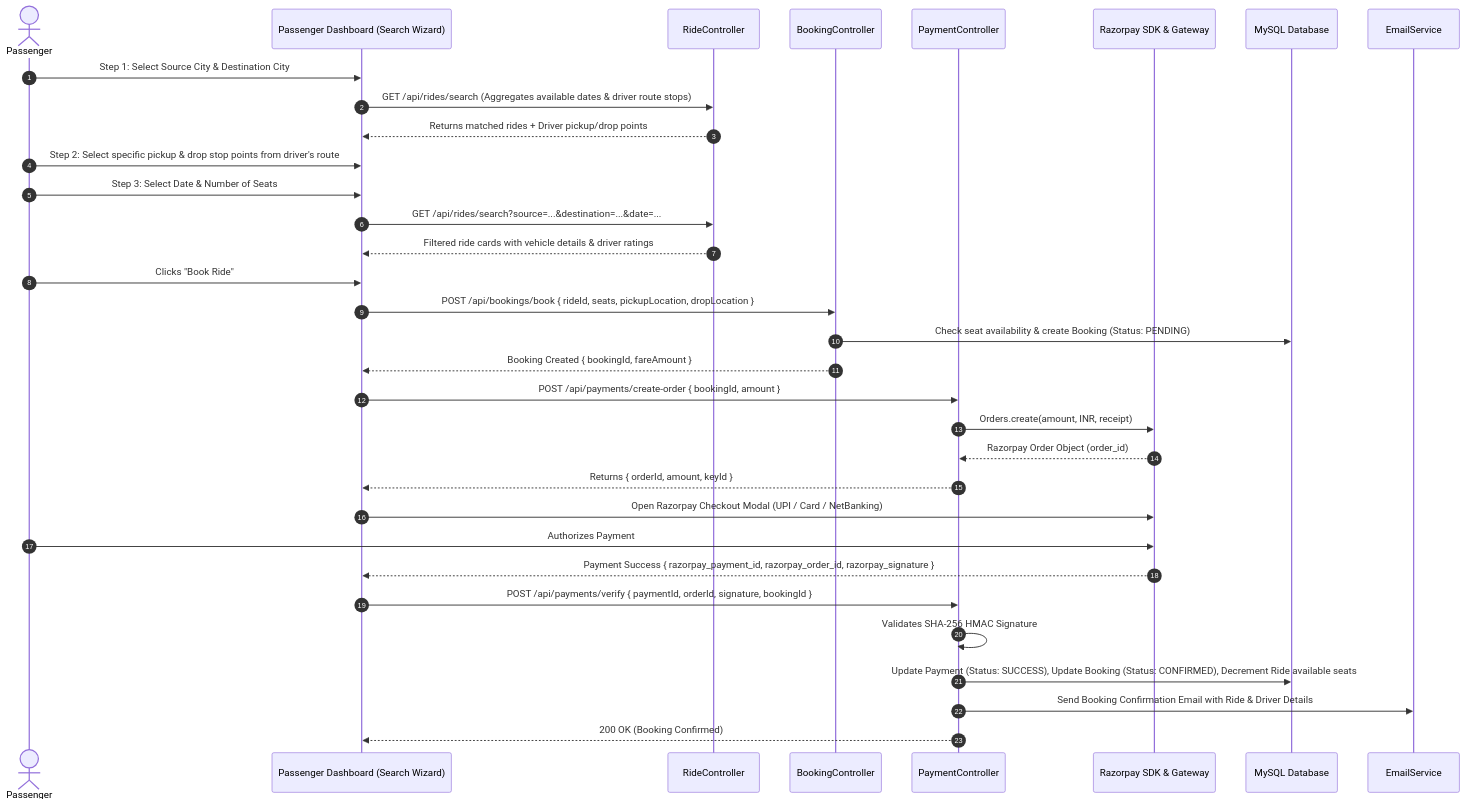
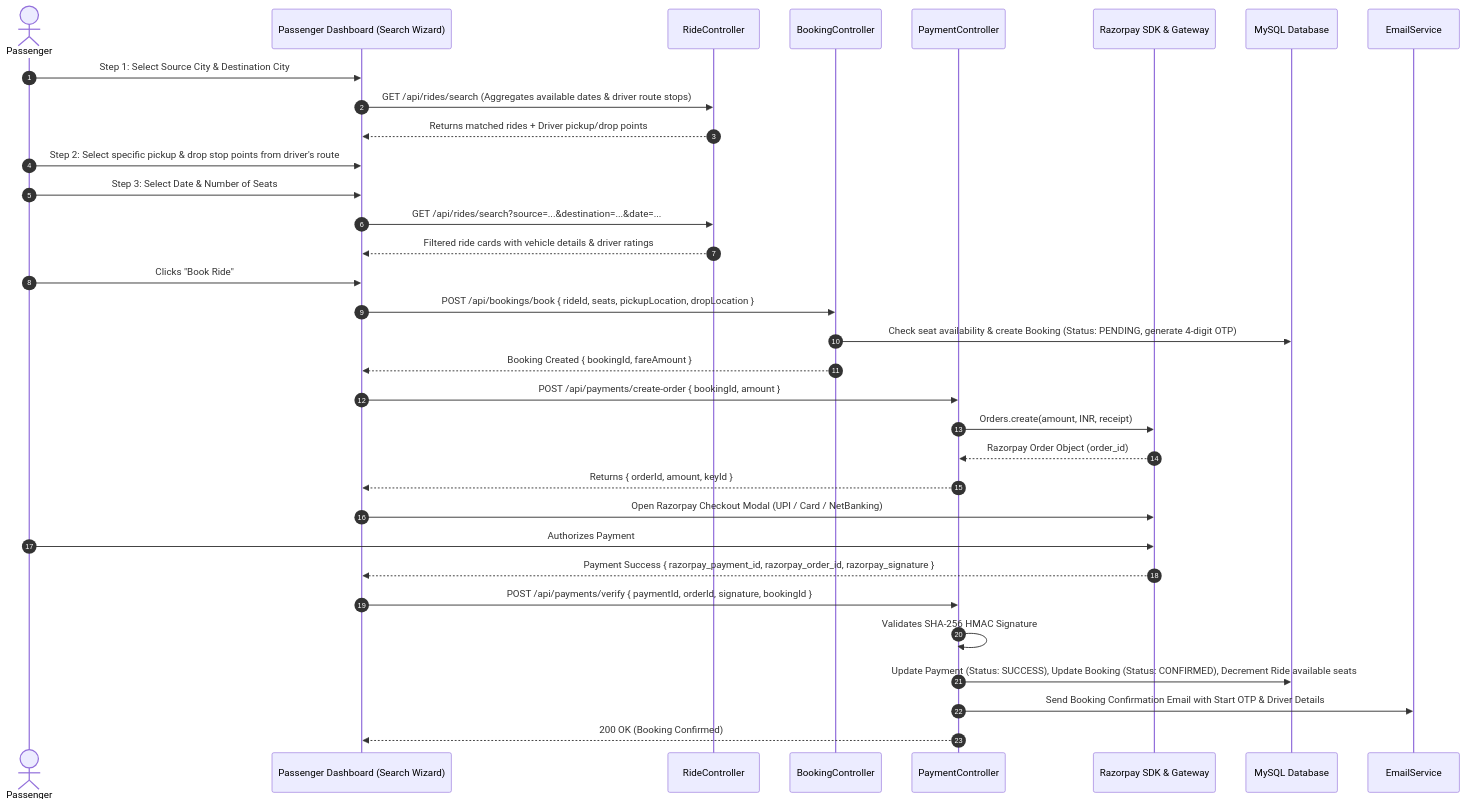
One commit to Sandeepkaushik21/Smart_Ride_Sharing- changed the fourth of 8 diagrams in README.md. Above: the diagram before and after it, drawn with Mermaid. The commit also changed other lines of this file, not shown here.

````diff
--- a/README.md
+++ b/README.md
@@ -203,41 +205,41 @@
 ```mermaid
 sequenceDiagram
     autonumber
     actor Passenger
     participant UI as Passenger Dashboard (Search Wizard)
     participant RideCtrl as RideController
     participant BookCtrl as BookingController
     participant PayCtrl as PaymentController
     participant Razorpay as Razorpay SDK & Gateway
     participant DB as MySQL Database
     participant Mail as EmailService
 
     Passenger->>UI: Step 1: Select Source City & Destination City
     UI->>RideCtrl: GET /api/rides/search (Aggregates available dates & driver route stops)
     RideCtrl-->>UI: Returns matched rides + Driver pickup/drop points
     
     Passenger->>UI: Step 2: Select specific pickup & drop stop points from driver's route
     Passenger->>UI: Step 3: Select Date & Number of Seats
     UI->>RideCtrl: GET /api/rides/search?source=...&destination=...&date=...
     RideCtrl-->>UI: Filtered ride cards with vehicle details & driver ratings
 
     Passenger->>UI: Clicks "Book Ride"
     UI->>BookCtrl: POST /api/bookings/book { rideId, seats, pickupLocation, dropLocation }
-    BookCtrl->>DB: Check seat availability & create Booking (Status: PENDING)
+    BookCtrl->>DB: Check seat availability & create Booking (Status: PENDING, generate 4-digit OTP)
     BookCtrl-->>UI: Booking Created { bookingId, fareAmount }
 
     UI->>PayCtrl: POST /api/payments/create-order { bookingId, amount }
     PayCtrl->>Razorpay: Orders.create(amount, INR, receipt)
     Razorpay-->>PayCtrl: Razorpay Order Object (order_id)
     PayCtrl-->>UI: Returns { orderId, amount, keyId }
 
     UI->>Razorpay: Open Razorpay Checkout Modal (UPI / Card / NetBanking)
     Passenger->>Razorpay: Authorizes Payment
     Razorpay-->>UI: Payment Success { razorpay_payment_id, razorpay_order_id, razorpay_signature }
 
     UI->>PayCtrl: POST /api/payments/verify { paymentId, orderId, signature, bookingId }
     PayCtrl->>PayCtrl: Validates SHA-256 HMAC Signature
     PayCtrl->>DB: Update Payment (Status: SUCCESS), Update Booking (Status: CONFIRMED), Decrement Ride available seats
-    PayCtrl->>Mail: Send Booking Confirmation Email with Ride & Driver Details
+    PayCtrl->>Mail: Send Booking Confirmation Email with Start OTP & Driver Details
     PayCtrl-->>UI: 200 OK (Booking Confirmed)
 ```
````
